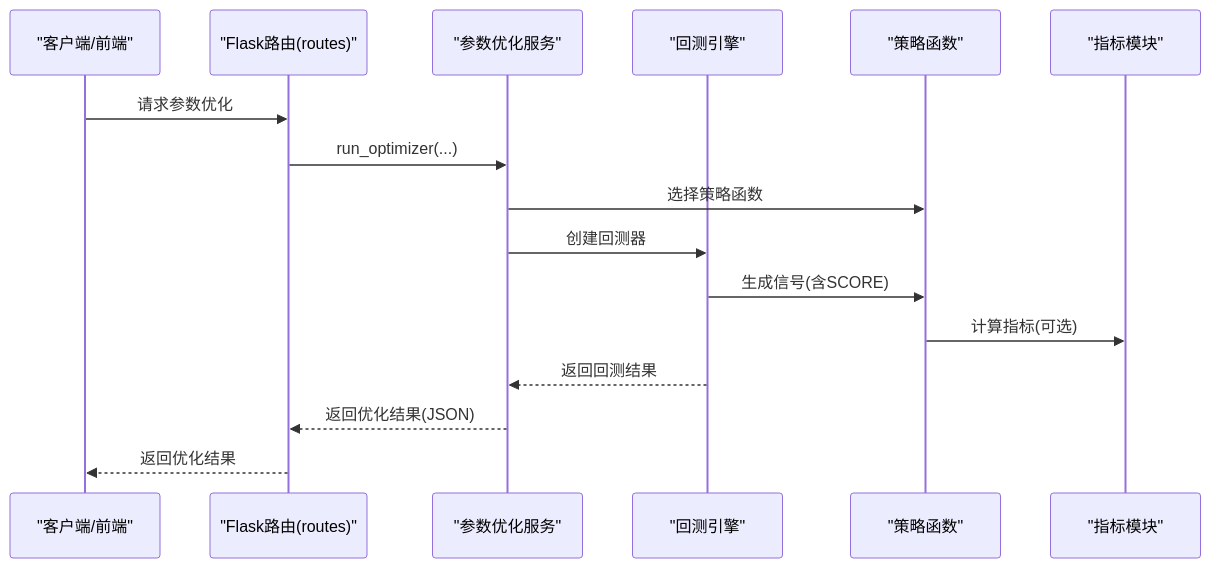
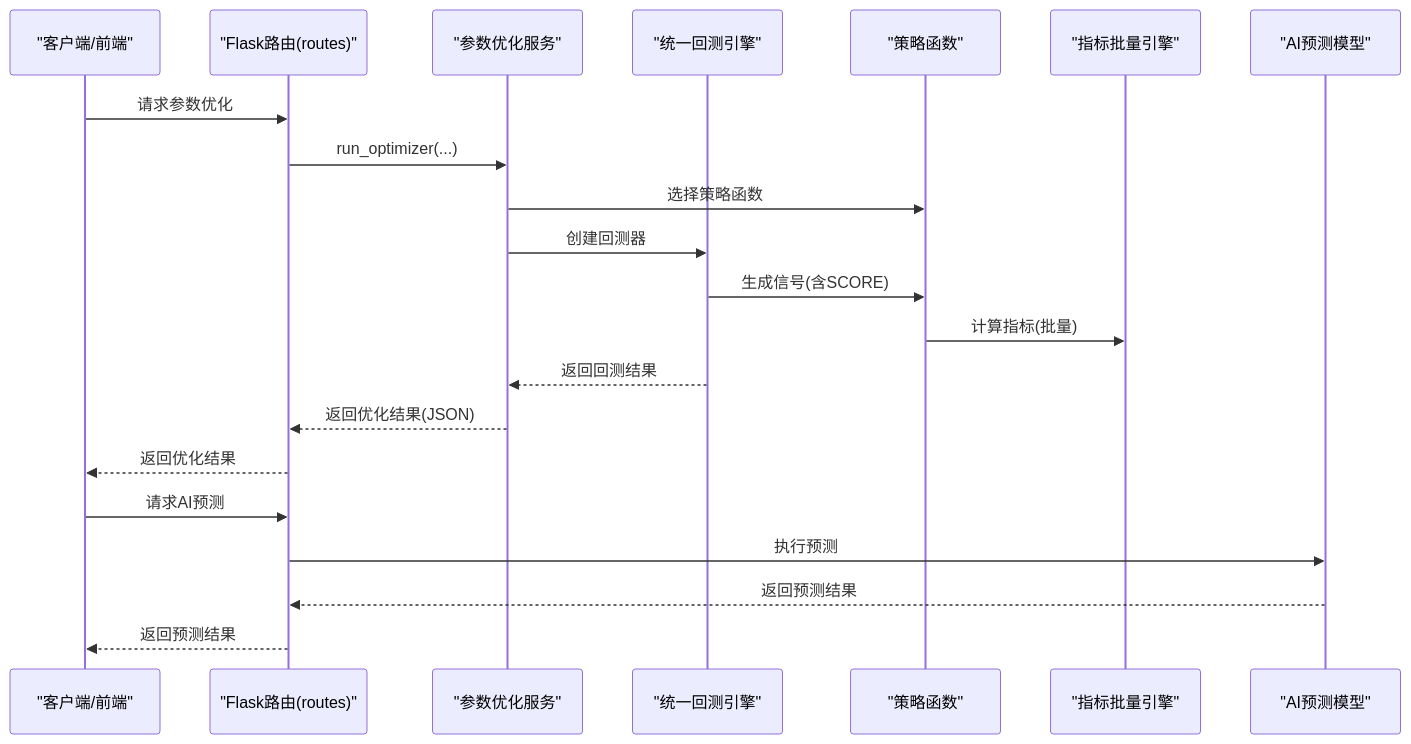
The second of 10 diagrams in .qoder/repowiki/zh/content/项目概述/核心功能特性/多策略量化分析/多策略量化分析.md (Magicer2024/AIQuant), drawn with Mermaid before and after one commit. The commit also changed other lines of this file and 62 other files, not shown here.

First line of the commit message:
refactor: migrate modules to 六部 ministries architecture

````diff
--- a/.qoder/repowiki/zh/content/项目概述/核心功能特性/多策略量化分析/多策略量化分析.md
+++ b/.qoder/repowiki/zh/content/项目概述/核心功能特性/多策略量化分析/多策略量化分析.md
@@ -127,18 +154,23 @@
 ```mermaid
 sequenceDiagram
 participant Client as "客户端/前端"
 participant API as "Flask路由(routes)"
 participant Service as "参数优化服务"
-participant Engine as "回测引擎"
+participant Engine as "统一回测引擎"
 participant Strat as "策略函数"
-participant Ind as "指标模块"
+participant Ind as "指标批量引擎"
+participant AI as "AI预测模型"
 Client->>API : 请求参数优化
 API->>Service : run_optimizer(...)
 Service->>Strat : 选择策略函数
 Service->>Engine : 创建回测器
 Engine->>Strat : 生成信号(含SCORE)
-Strat->>Ind : 计算指标(可选)
+Strat->>Ind : 计算指标(批量)
 Engine-->>Service : 返回回测结果
 Service-->>API : 返回优化结果(JSON)
 API-->>Client : 返回优化结果
+Client->>API : 请求AI预测
+API->>AI : 执行预测
+AI-->>API : 返回预测结果
+API-->>Client : 返回预测结果
 ```
````
